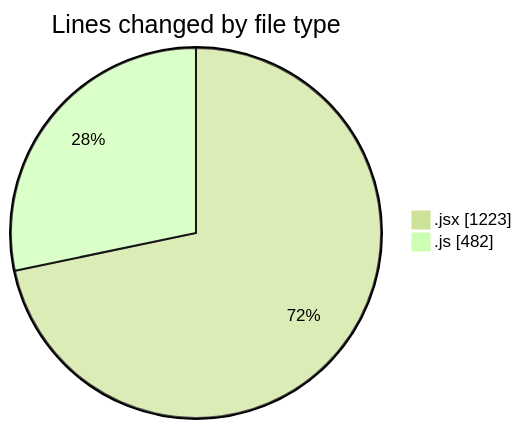
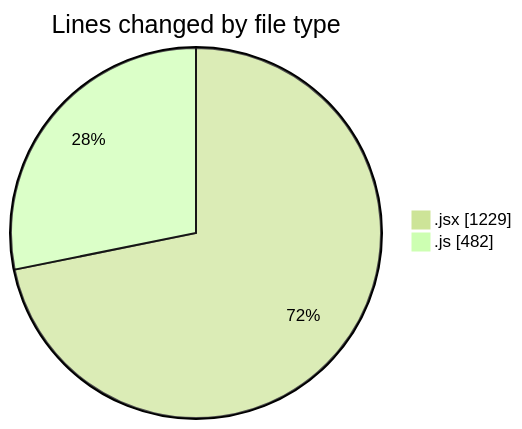
One commit to nxtqubesakshisongat/code-tracking changed the first of 2 diagrams in 2025-08-18/nxtqube_webapp/README.md. Above: the diagram before and after it, drawn with Mermaid (forest theme). The commit also changed other lines of this file and 1 other file, not shown here.

````diff
--- a/2025-08-18/nxtqube_webapp/README.md
+++ b/2025-08-18/nxtqube_webapp/README.md
@@ -24,6 +24,6 @@
 ```mermaid
 pie showData
 title Lines changed by file type
-".jsx" : 1223
+".jsx" : 1229
 ".js" : 482
 ```
````
